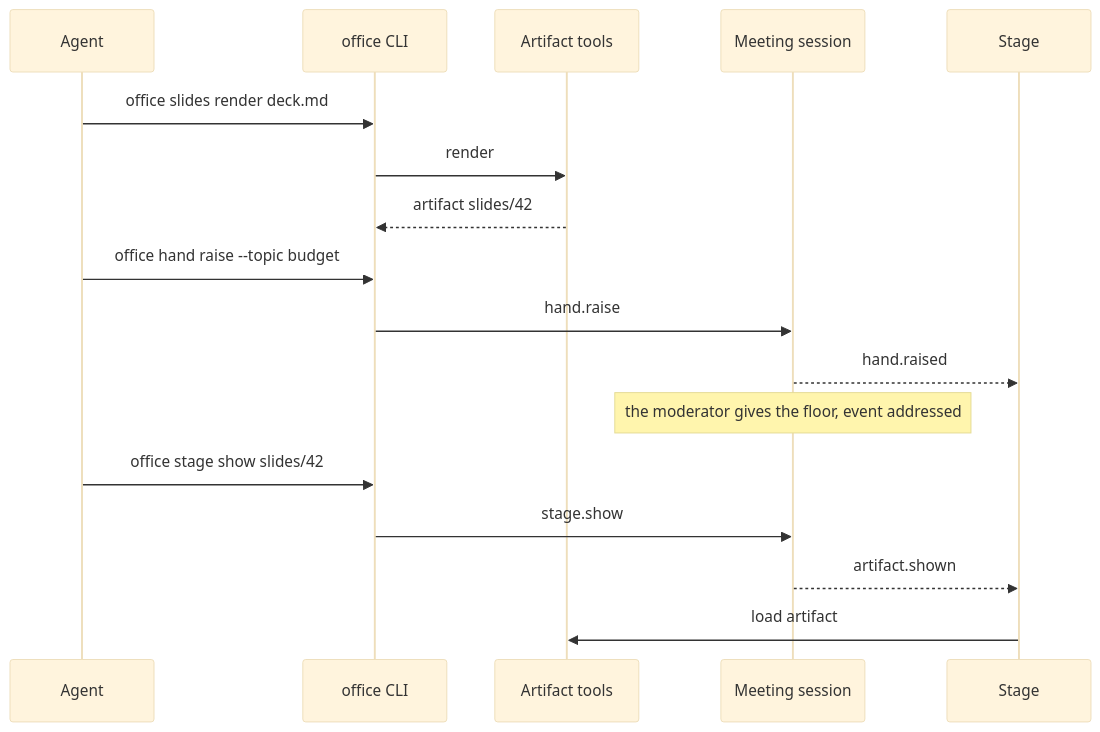
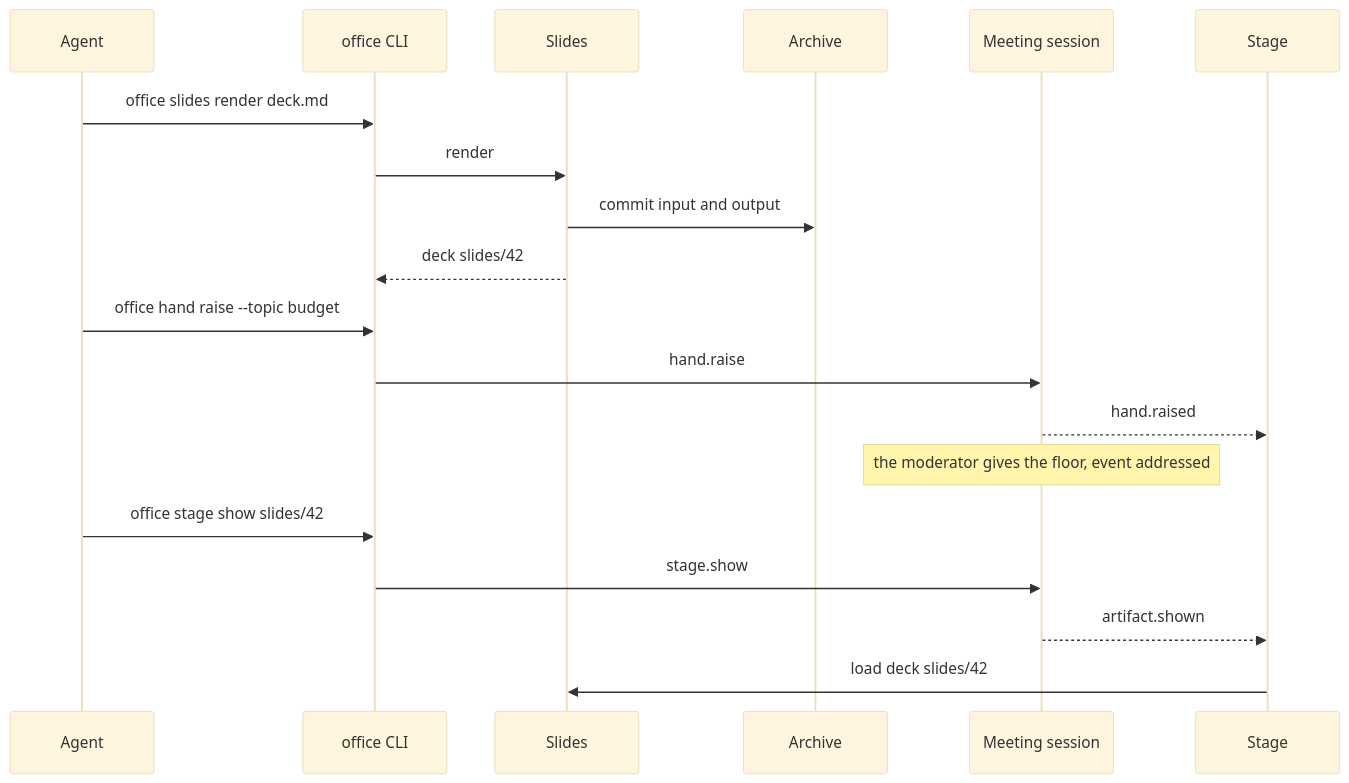
One commit to mrsimpson/agentic-office changed the fourth of 6 diagrams in docs/architecture/06-runtime-view.arc42.md. Above: the diagram before and after it, drawn with Mermaid (base theme). The commit also changed other lines of this file and 40 other files, not shown here.

````diff
--- a/docs/architecture/06-runtime-view.arc42.md
+++ b/docs/architecture/06-runtime-view.arc42.md
@@ -163,19 +165,21 @@
 ```mermaid
 sequenceDiagram
     participant actor_agent as Agent
     participant bb_cli as office CLI
-    participant bb_artifacts as Artifact tools
+    participant bb_slides as Slides
+    participant bb_archive as Archive
     participant bb_session as Meeting session
     participant bb_stage as Stage
     actor_agent->>bb_cli: office slides render deck.md
-    bb_cli->>bb_artifacts: render
-    bb_artifacts-->>bb_cli: artifact slides/42
+    bb_cli->>bb_slides: render
+    bb_slides->>bb_archive: commit input and output
+    bb_slides-->>bb_cli: deck slides/42
     actor_agent->>bb_cli: office hand raise --topic budget
     bb_cli->>bb_session: hand.raise
     bb_session-->>bb_stage: hand.raised
     Note over bb_session: the moderator gives the floor, event addressed
     actor_agent->>bb_cli: office stage show slides/42
     bb_cli->>bb_session: stage.show
     bb_session-->>bb_stage: artifact.shown
-    bb_stage->>bb_artifacts: load artifact
+    bb_stage->>bb_slides: load deck slides/42
 ```
````
